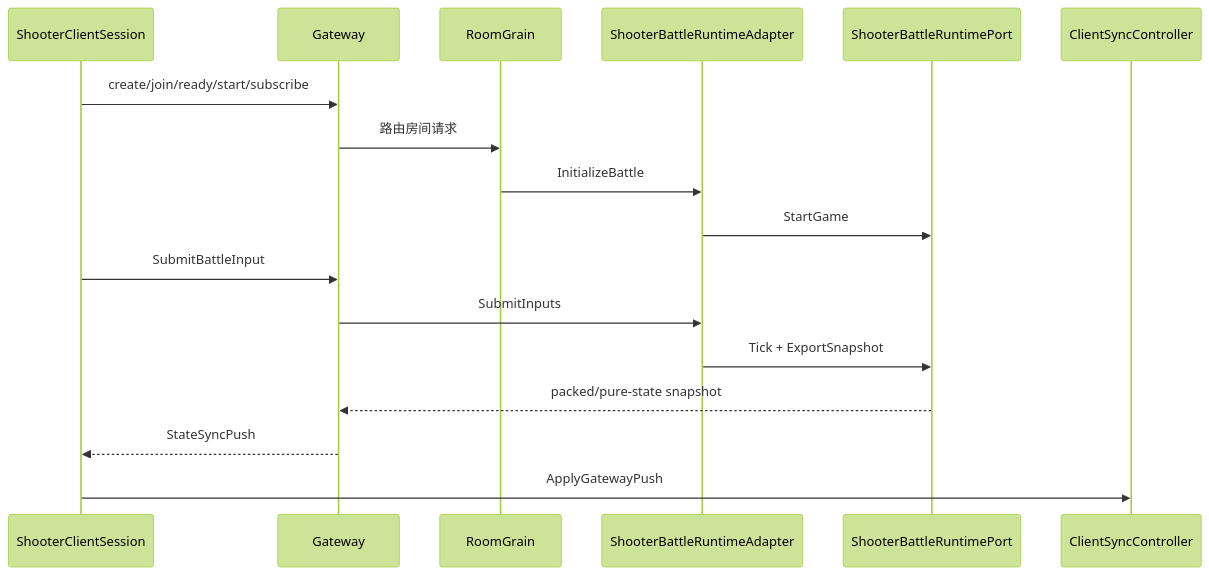
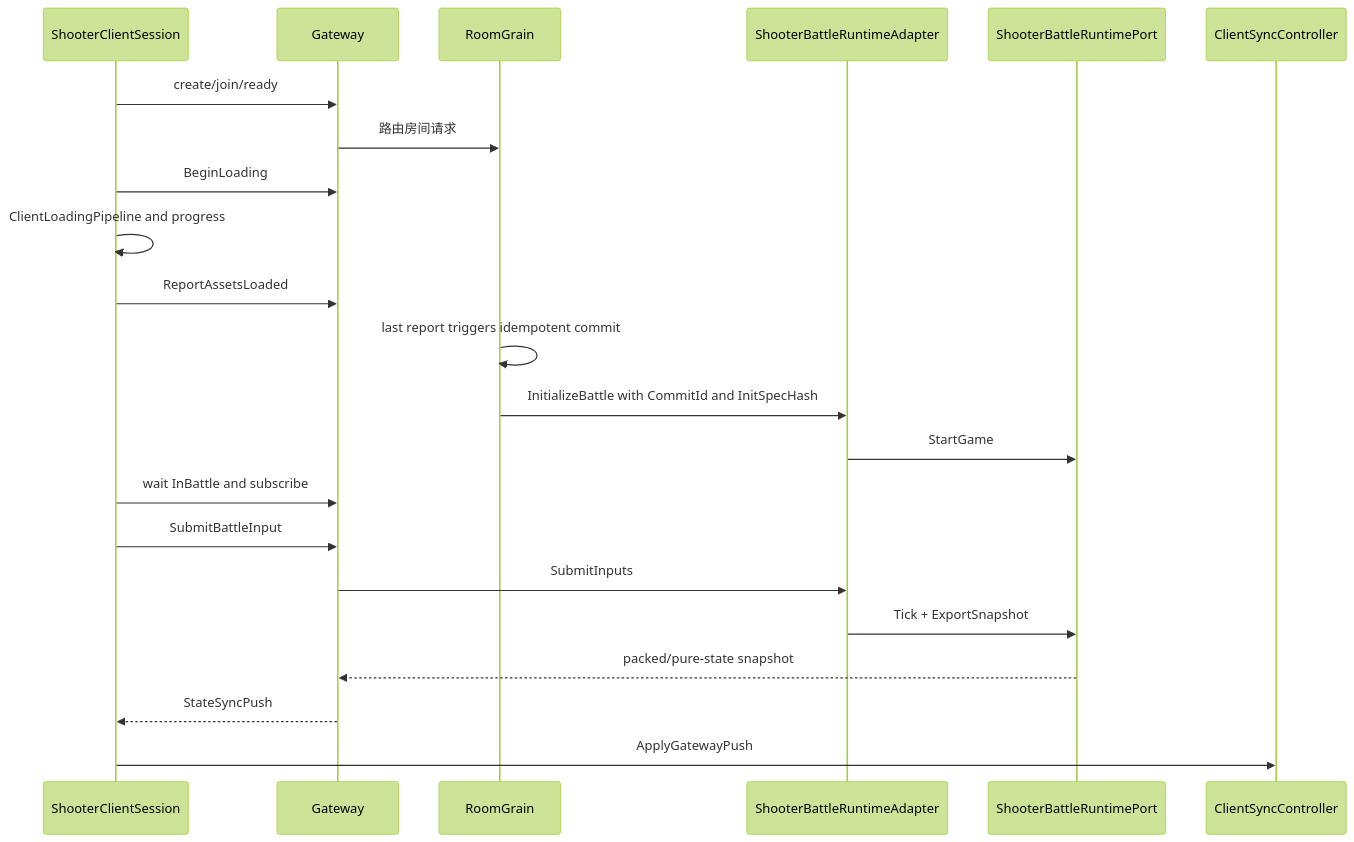
The second of 2 diagrams in Docs/design/09-ImplementationExamples/Shooter/00-Overview.md (HOBOBO/AbilityKit), drawn with Mermaid (forest theme) before and after one commit. The commit also changed other lines of this file and 537 other files, not shown here.

````diff
--- a/Docs/design/09-ImplementationExamples/Shooter/00-Overview.md
+++ b/Docs/design/09-ImplementationExamples/Shooter/00-Overview.md
@@ -106,20 +108,25 @@
 ```mermaid
 sequenceDiagram
     participant Client as ShooterClientSession
     participant Gateway as Gateway
     participant Room as RoomGrain
     participant Battle as ShooterBattleRuntimeAdapter
     participant Runtime as ShooterBattleRuntimePort
     participant Sync as ClientSyncController
 
-    Client->>Gateway: create/join/ready/start/subscribe
+    Client->>Gateway: create/join/ready
     Gateway->>Room: 路由房间请求
-    Room->>Battle: InitializeBattle
+    Client->>Gateway: BeginLoading
+    Client->>Client: ClientLoadingPipeline and progress
+    Client->>Gateway: ReportAssetsLoaded
+    Room->>Room: last report triggers idempotent commit
+    Room->>Battle: InitializeBattle with CommitId and InitSpecHash
     Battle->>Runtime: StartGame
+    Client->>Gateway: wait InBattle and subscribe
     Client->>Gateway: SubmitBattleInput
     Gateway->>Battle: SubmitInputs
     Battle->>Runtime: Tick + ExportSnapshot
     Runtime-->>Gateway: packed/pure-state snapshot
     Gateway-->>Client: StateSyncPush
     Client->>Sync: ApplyGatewayPush
 ```
````
